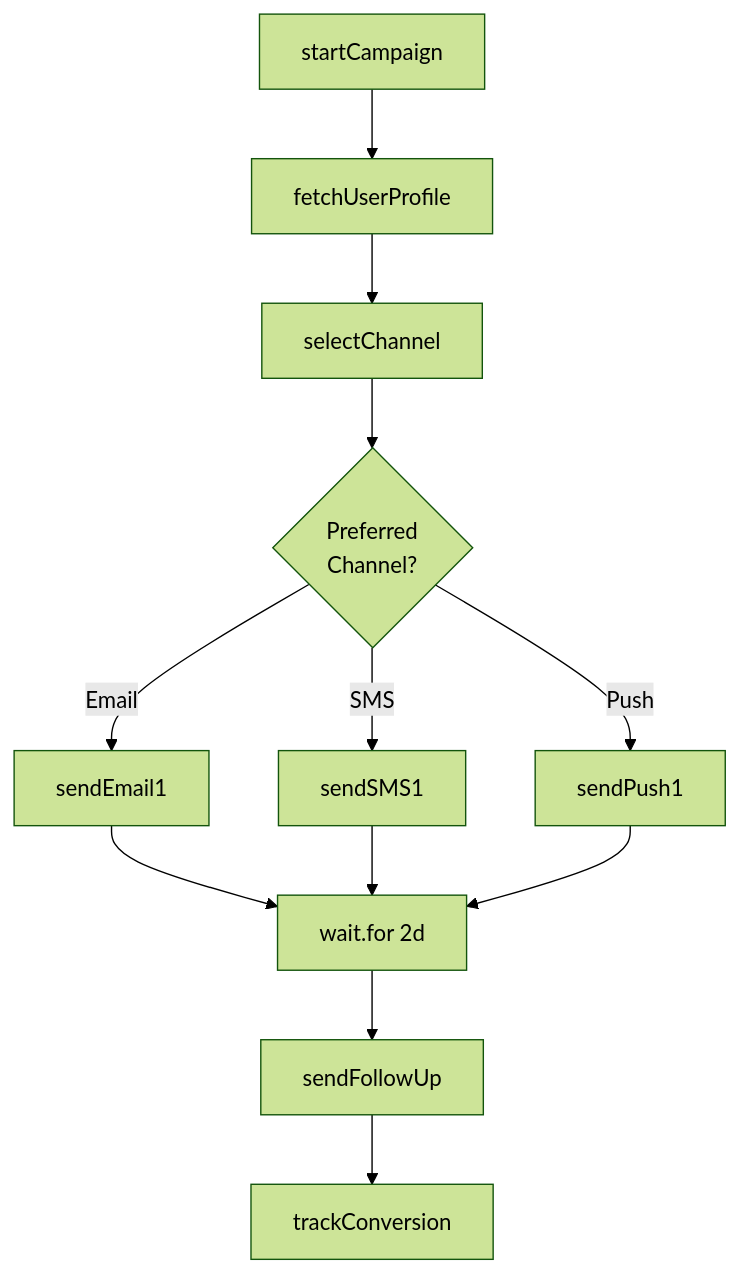
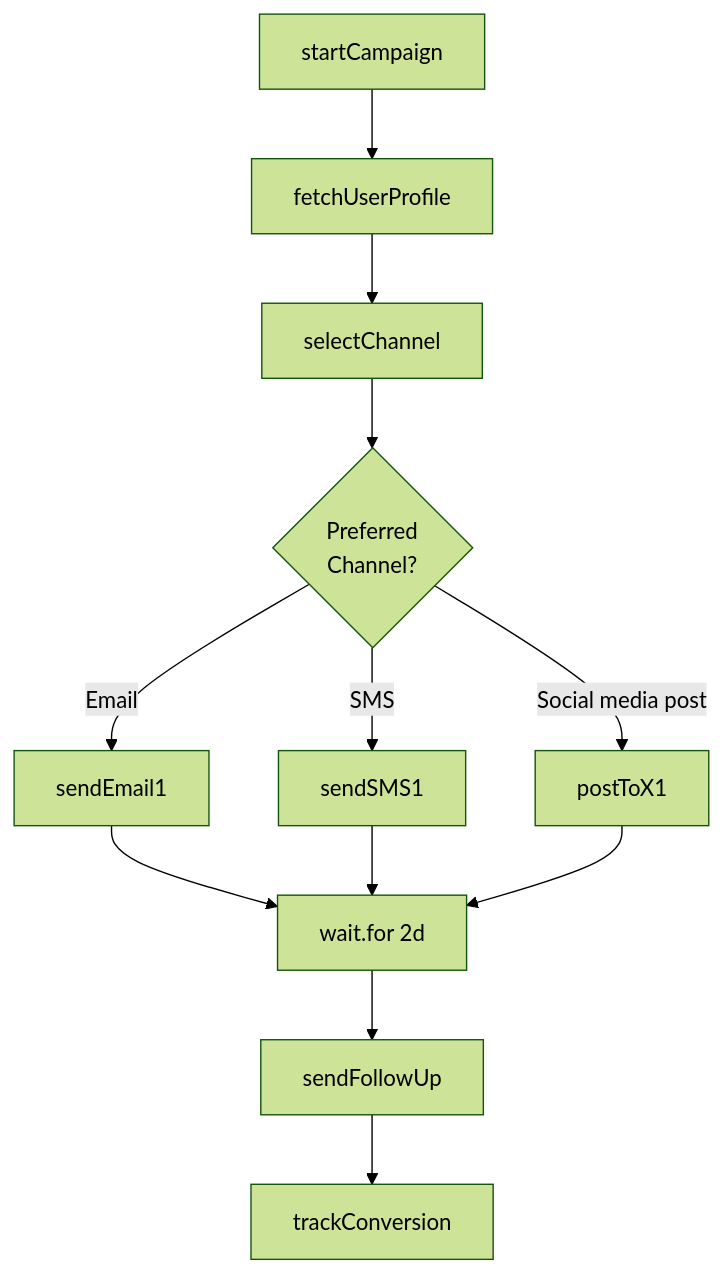
The second of 4 diagrams in docs/guides/use-cases/marketing.mdx (triggerdotdev/trigger.dev), drawn with Mermaid (forest theme) before and after one commit. The commit also changed other lines of this file and 2 other files, not shown here.

Commit message:
Improved diagram titles

````diff
--- a/docs/guides/use-cases/marketing.mdx
+++ b/docs/guides/use-cases/marketing.mdx
@@ -79,17 +79,17 @@
 ```mermaid
 graph TB
     A[startCampaign] --> B[fetchUserProfile]
     B --> C[selectChannel]
     C --> D{Preferred<br/>Channel?}
 
     D -->|Email| E[sendEmail1]
     D -->|SMS| F[sendSMS1]
-    D -->|Push| G[sendPush1]
+    D -->|Social media post| G[postToX1]
 
     E --> H[wait.for 2d]
     F --> H
     G --> H
 
     H --> I[sendFollowUp]
     I --> J[trackConversion]
 ```
````
